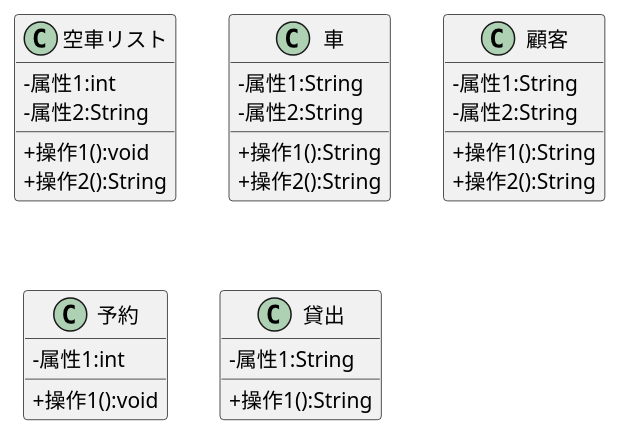
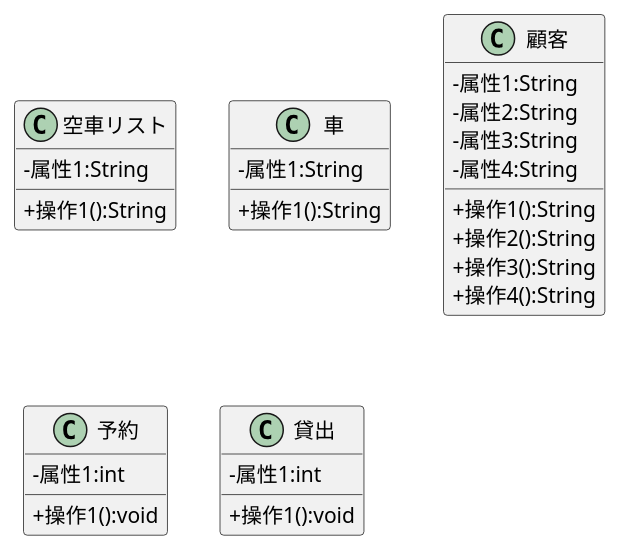
Before and after one commit to sakamotoshuri/uml_introduction: the diagram in 例題3-1_CL_車両貸出システム.pu, drawn with PlantUML.

Commit message:
変h数

```diff
--- a/例題3-1_CL_車両貸出システム.pu
+++ b/例題3-1_CL_車両貸出システム.pu
@@ -1,29 +1,29 @@
 @startuml 演習
 skinparam classAttributeIconSize 0
 class 空車リスト {
-- 属性1:int
-- 属性2:String
-+ 操作1():void
-+ 操作2():String
+- 属性1:String
++ 操作1():String
 }
 class 車 {
 - 属性1:String
-- 属性2:String
 + 操作1():String
-+ 操作2():String
 }
 class 顧客 {
 - 属性1:String
 - 属性2:String
+- 属性3:String
+- 属性4:String
 + 操作1():String
 + 操作2():String
++ 操作3():String
++ 操作4():String
 }
 class 予約 {
 - 属性1:int
 + 操作1():void
 }
 class 貸出 {
-- 属性1:String
-+ 操作1():String
+- 属性1:int
++ 操作1():void
 }
 @enduml
```
